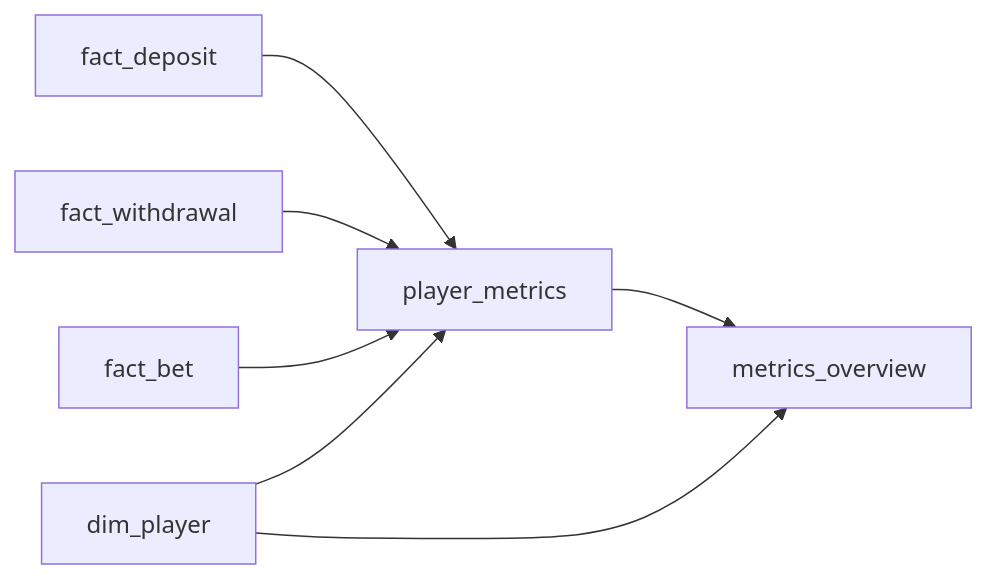
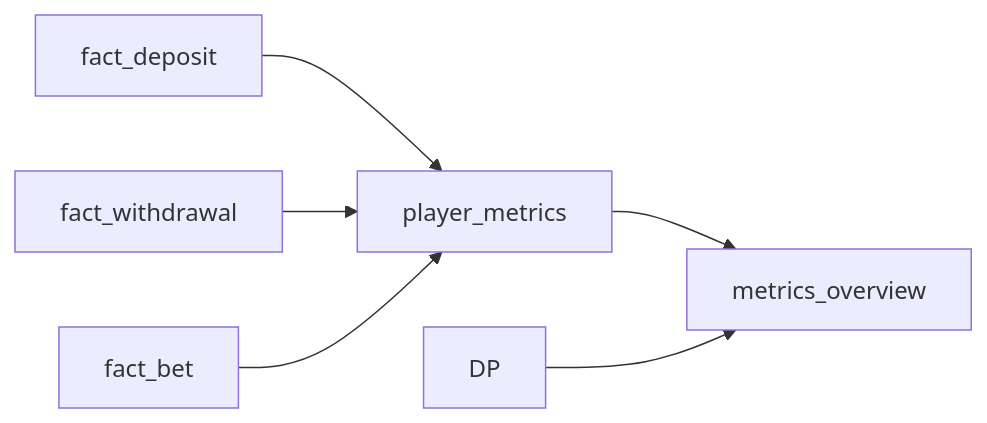
The diagram in docs/dwh/diagrams/02_logical_model.md (kulakovsemen27/airflow-dbt-pipeline), drawn with Mermaid before and after one commit. The commit also changed other lines of this file and 5 other files, not shown here.

````diff
--- a/docs/dwh/diagrams/02_logical_model.md
+++ b/docs/dwh/diagrams/02_logical_model.md
@@ -119,9 +119,8 @@
 ```mermaid
 flowchart LR
     FD["fact_deposit"] --> PM["player_metrics"]
     FW["fact_withdrawal"] --> PM
     FB["fact_bet"] --> PM
-    DP["dim_player"] --> PM
     PM --> MO["metrics_overview"]
     DP --> MO
 ```
````
